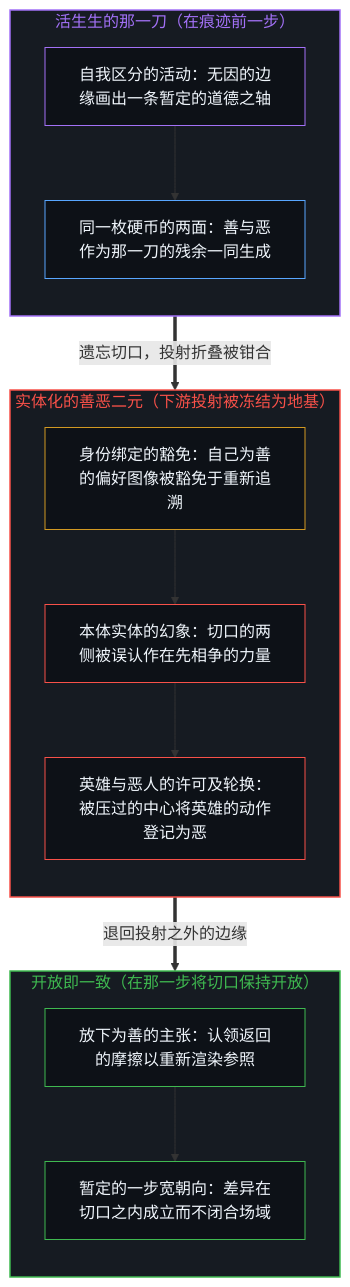
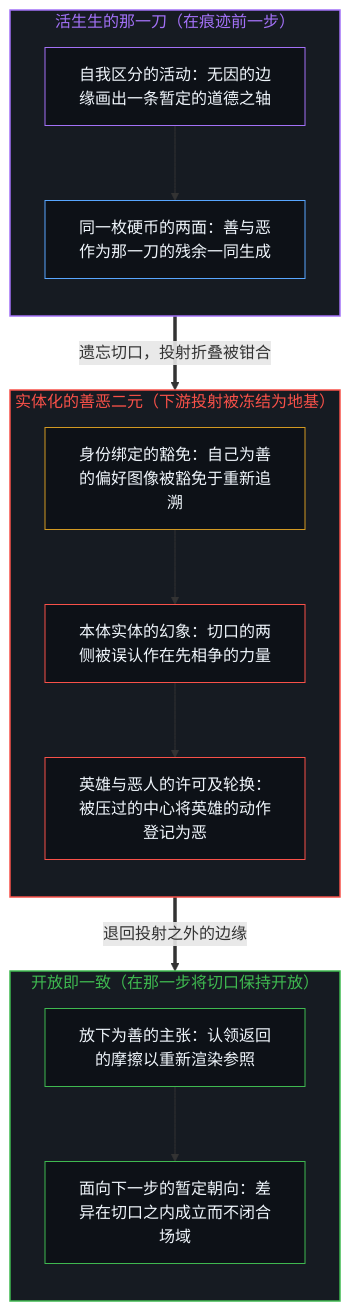
One commit to powerpig99/not-a-toe changed the first of 2 diagrams in content/posts/good-and-evil-are-the-two-sides-of-the-coin-and-the-cut.md. Above: the diagram before and after it, drawn with Mermaid. The commit also changed other lines of this file and 7 other files, not shown here.

````diff
--- a/content/posts/good-and-evil-are-the-two-sides-of-the-coin-and-the-cut.md
+++ b/content/posts/good-and-evil-are-the-two-sides-of-the-coin-and-the-cut.md
@@ -61,34 +61,34 @@
 ```mermaid
 flowchart TD
     subgraph S_Cut["活生生的那一刀（在痕迹前一步）"]
         direction TB
         C_Act["自我区分的活动：无因的边缘画出一条暂定的道德之轴"]
         C_Two["同一枚硬币的两面：善与恶作为那一刀的残余一同生成"]
         C_Act --> C_Two
     end
     subgraph S_Freeze["实体化的善恶二元（下游投射被冻结为地基）"]
         direction TB
         F_Ex["身份绑定的豁免：自己为善的偏好图像被豁免于重新追溯"]
         F_Sub["本体实体的幻象：切口的两侧被误认作在先相争的力量"]
         F_Rot["英雄与恶人的许可及轮换：被压过的中心将英雄的动作登记为恶"]
         F_Ex --> F_Sub --> F_Rot
     end
     subgraph S_Open["开放即一致（在那一步将切口保持开放）"]
         direction TB
         O_Rel["放下为善的主张：认领返回的摩擦以重新渲染参照"]
-        O_Head["暂定的一步宽朝向：差异在切口之内成立而不闭合场域"]
+        O_Head["面向下一步的暂定朝向：差异在切口之内成立而不闭合场域"]
         O_Rel --> O_Head
     end
     C_Two ==>|"遗忘切口，投射折叠被钳合"| F_Ex
     F_Rot ==>|"退回投射之外的边缘"| O_Rel
     style S_Cut fill:#161b22,stroke:#a371f7,stroke-width:1.5px,color:#a371f7
     style S_Freeze fill:#161b22,stroke:#f85149,stroke-width:1.5px,color:#f85149
     style S_Open fill:#161b22,stroke:#3fb950,stroke-width:1.5px,color:#3fb950
     style C_Act fill:#0d1117,stroke:#a371f7,stroke-width:1px,color:#f0f6fc
     style C_Two fill:#0d1117,stroke:#58a6ff,stroke-width:1px,color:#f0f6fc
     style F_Ex fill:#0d1117,stroke:#d29922,stroke-width:1px,color:#f0f6fc
     style F_Sub fill:#0d1117,stroke:#f85149,stroke-width:1px,color:#f0f6fc
     style F_Rot fill:#0d1117,stroke:#f85149,stroke-width:1px,color:#f0f6fc
     style O_Rel fill:#0d1117,stroke:#3fb950,stroke-width:1px,color:#f0f6fc
     style O_Head fill:#0d1117,stroke:#3fb950,stroke-width:1px,color:#f0f6fc
 ```
````
